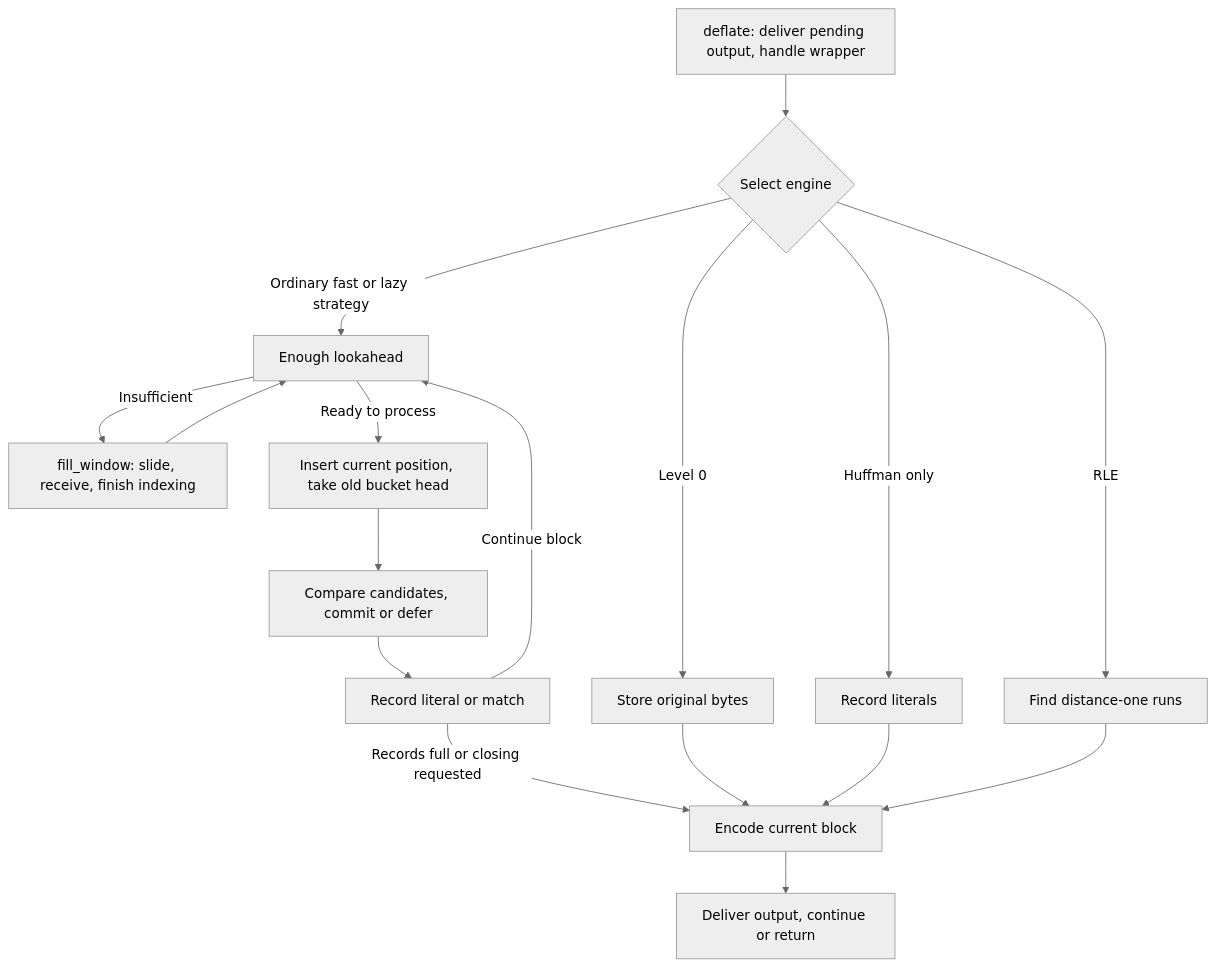
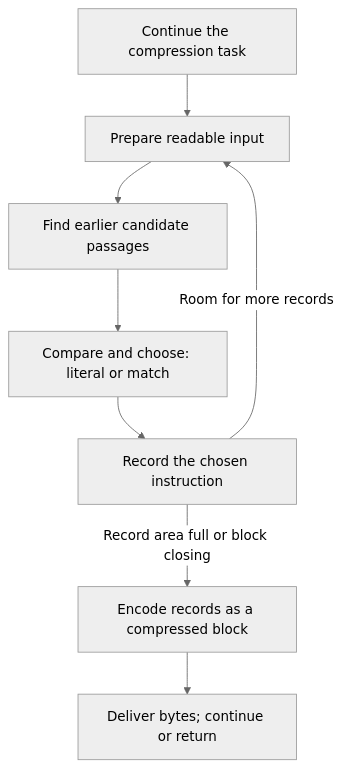
The first of 2 diagrams in site/content/book/deflate-matching.en.md (cla7aye15I4nd/zlib-f), drawn with Mermaid (neutral theme) before and after one commit. The commit also changed other lines of this file and 40 other files, not shown here.

````diff
--- a/site/content/book/deflate-matching.en.md
+++ b/site/content/book/deflate-matching.en.md
@@ -18,19 +24,10 @@
 ```mermaid
 flowchart TD
-    A["deflate: deliver pending output, handle wrapper"] --> B{"Select engine"}
-    B -->|Level 0| C["Store original bytes"]
-    B -->|Huffman only| D["Record literals"]
-    B -->|RLE| E["Find distance-one runs"]
-    B -->|Ordinary fast or lazy strategy| F["Enough lookahead"]
-    F -->|Insufficient| G["fill_window: slide, receive, finish indexing"]
-    G --> F
-    F -->|Ready to process| H["Insert current position, take old bucket head"]
-    H --> I["Compare candidates, commit or defer"]
-    I --> J["Record literal or match"]
-    J -->|Continue block| F
-    J -->|Records full or closing requested| K["Encode current block"]
-    C --> K
-    D --> K
-    E --> K
-    K --> L["Deliver output, continue or return"]
+    A["Continue the compression task"] --> B["Prepare readable input"]
+    B --> C["Find earlier candidate passages"]
+    C --> D["Compare and choose: literal or match"]
+    D --> E["Record the chosen instruction"]
+    E -->|Room for more records| B
+    E -->|Record area full or block closing| F["Encode records as a compressed block"]
+    F --> G["Deliver bytes; continue or return"]
 ```
````
